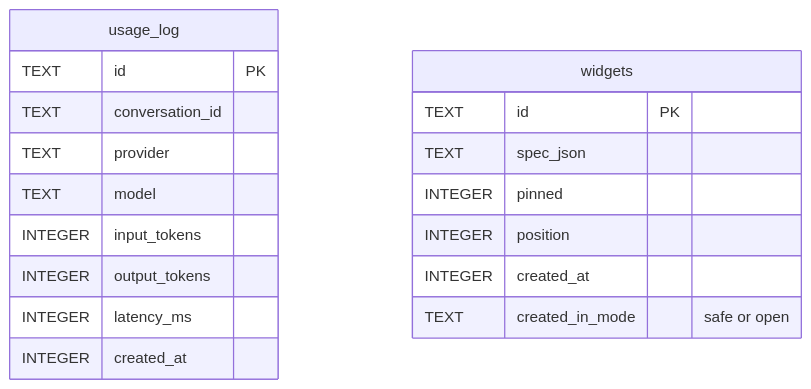
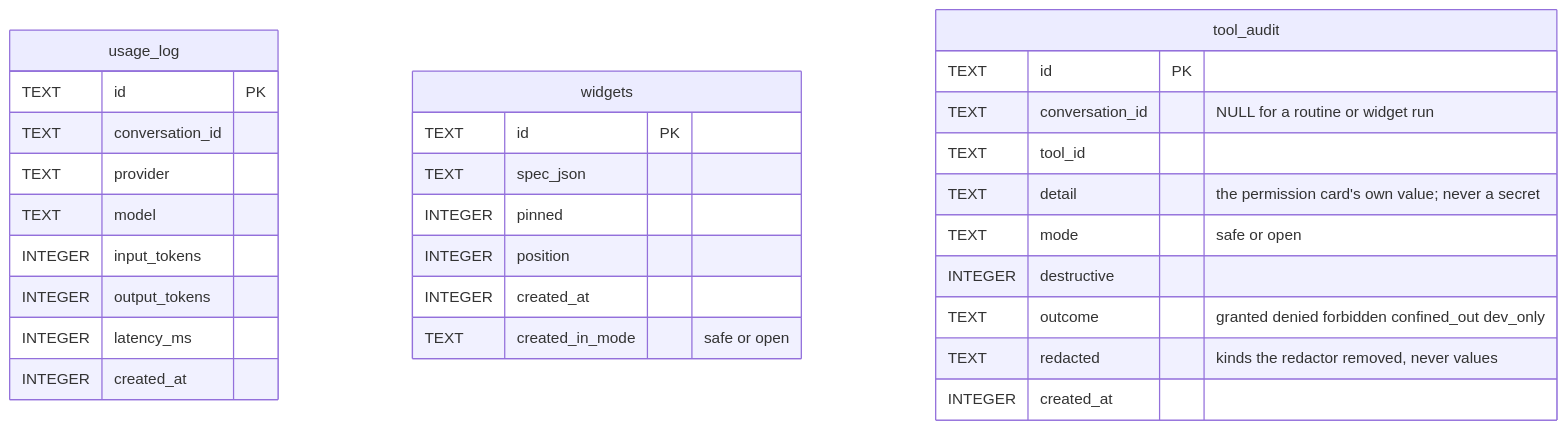
Before and after one commit to N041M/Addison: the third of 3 diagrams in docs/data-model.md, drawn with Mermaid. The commit also changed other lines of this file and 33 other files, not shown here.

````diff
--- a/docs/data-model.md
+++ b/docs/data-model.md
@@ -415,21 +415,32 @@
 ```mermaid
 erDiagram
     usage_log {
         TEXT id PK
         TEXT conversation_id
         TEXT provider
         TEXT model
         INTEGER input_tokens
         INTEGER output_tokens
         INTEGER latency_ms
         INTEGER created_at
     }
     widgets {
         TEXT id PK
         TEXT spec_json
         INTEGER pinned
         INTEGER position
         INTEGER created_at
         TEXT created_in_mode "safe or open"
     }
+    tool_audit {
+        TEXT id PK
+        TEXT conversation_id "NULL for a routine or widget run"
+        TEXT tool_id
+        TEXT detail "the permission card's own value; never a secret"
+        TEXT mode "safe or open"
+        INTEGER destructive
+        TEXT outcome "granted denied forbidden confined_out dev_only"
+        TEXT redacted "kinds the redactor removed, never values"
+        INTEGER created_at
+    }
 ```
````
